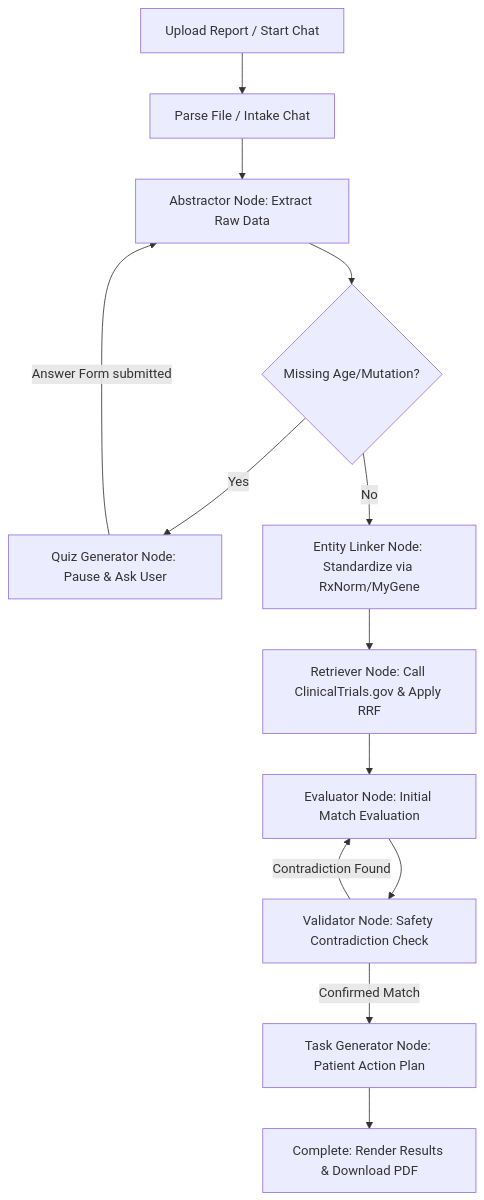
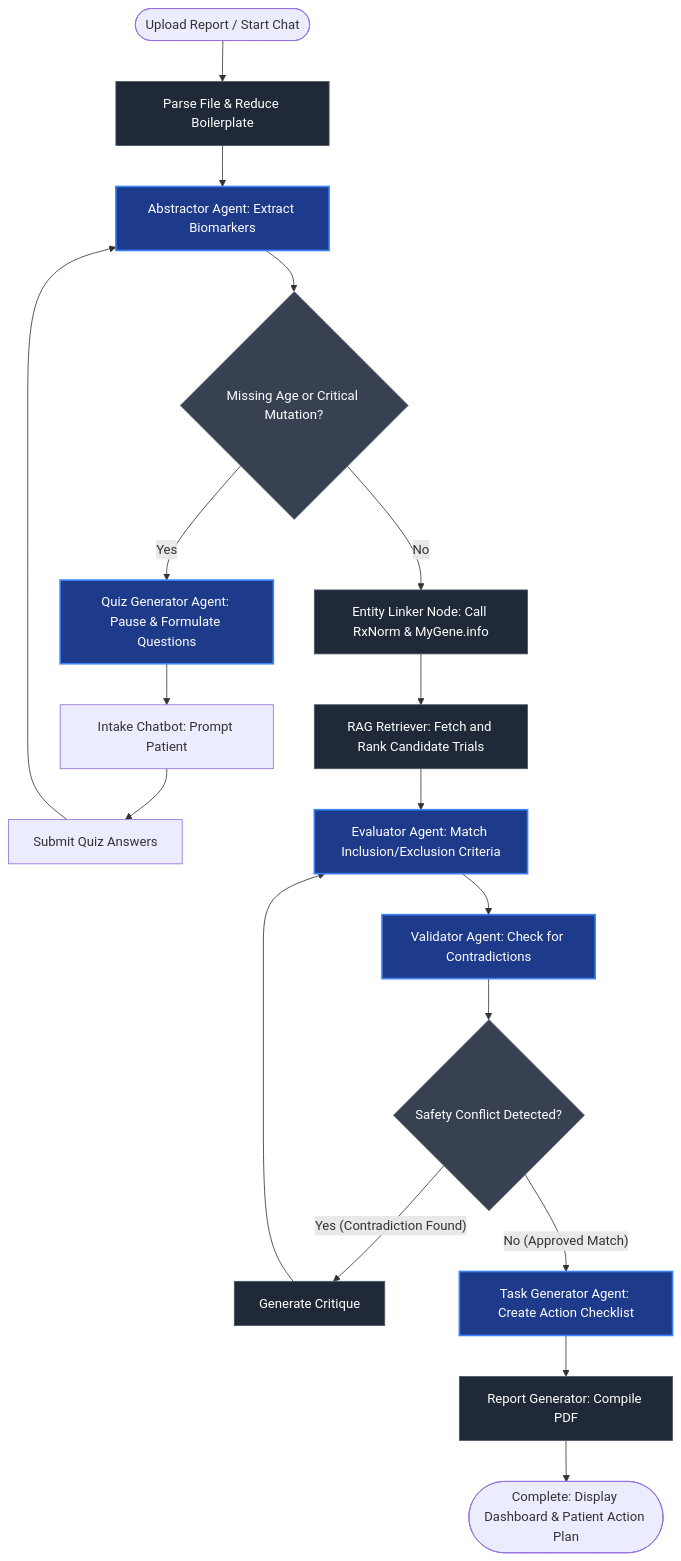
The first of 2 diagrams in README.md (Dhruvi0311/OrphanLink), drawn with Mermaid before and after one commit. The commit also changed other lines of this file and 12 other files, not shown here.

````diff
--- a/README.md
+++ b/README.md
@@ -44,15 +65,37 @@
 ```mermaid
 graph TD
-    A[Upload Report / Start Chat] --> B[Parse File / Intake Chat]
-    B --> C[Abstractor Node: Extract Raw Data]
-    C --> D{Missing Age/Mutation?}
-    D -- Yes --> E[Quiz Generator Node: Pause & Ask User]
-    E -- Answer Form submitted --> C
-    D -- No --> F[Entity Linker Node: Standardize via RxNorm/MyGene]
-    F --> G[Retriever Node: Call ClinicalTrials.gov & Apply RRF]
-    G --> H[Evaluator Node: Initial Match Evaluation]
-    H --> I[Validator Node: Safety Contradiction Check]
-    I -- Contradiction Found --> H
-    I -- Confirmed Match --> J[Task Generator Node: Patient Action Plan]
-    J --> K[Complete: Render Results & Download PDF]
+    Start([Upload Report / Start Chat]) --> Parse[Parse File & Reduce Boilerplate]
+    Parse --> Abstractor[Abstractor Agent: Extract Biomarkers]
+    Abstractor --> CheckMissing{Missing Age or Critical Mutation?}
+    
+    %% Human-in-the-Loop Quiz Loop
+    CheckMissing -- Yes --> QuizGen[Quiz Generator Agent: Pause & Formulate Questions]
+    QuizGen --> IntakeChat[Intake Chatbot: Prompt Patient]
+    IntakeChat --> SubmitAnswers[Submit Quiz Answers]
+    SubmitAnswers --> Abstractor
+    
+    %% Standardization & Retrieval
+    CheckMissing -- No --> EntityLinker[Entity Linker Node: Call RxNorm & MyGene.info]
+    EntityLinker --> RAG[RAG Retriever: Fetch and Rank Candidate Trials]
+    
+    %% Multi-agent Evaluation & Self-Correction
+    RAG --> Evaluator[Evaluator Agent: Match Inclusion/Exclusion Criteria]
+    Evaluator --> Validator[Validator Agent: Check for Contradictions]
+    Validator --> CheckSafety{Safety Conflict Detected?}
+    
+    %% Feedback Loop
+    CheckSafety -- Yes (Contradiction Found) --> Feedback[Generate Critique]
+    Feedback --> Evaluator
+    
+    %% Final Action Checklist
+    CheckSafety -- No (Approved Match) --> TaskGen[Task Generator Agent: Create Action Checklist]
+    TaskGen --> ReportGen[Report Generator: Compile PDF]
+    ReportGen --> End([Complete: Display Dashboard & Patient Action Plan])
+
+    classDef agent fill:#1e3a8a,stroke:#3b82f6,stroke-width:2px,color:#fff;
+    classDef process fill:#1f2937,stroke:#4b5563,stroke-width:1px,color:#fff;
+    classDef decision fill:#374151,stroke:#6b7280,stroke-width:1px,color:#fff;
+    class Abstractor,QuizGen,Evaluator,Validator,TaskGen agent;
+    class Parse,EntityLinker,RAG,ReportGen,Feedback process;
+    class CheckMissing,CheckSafety decision;
 ```
````
